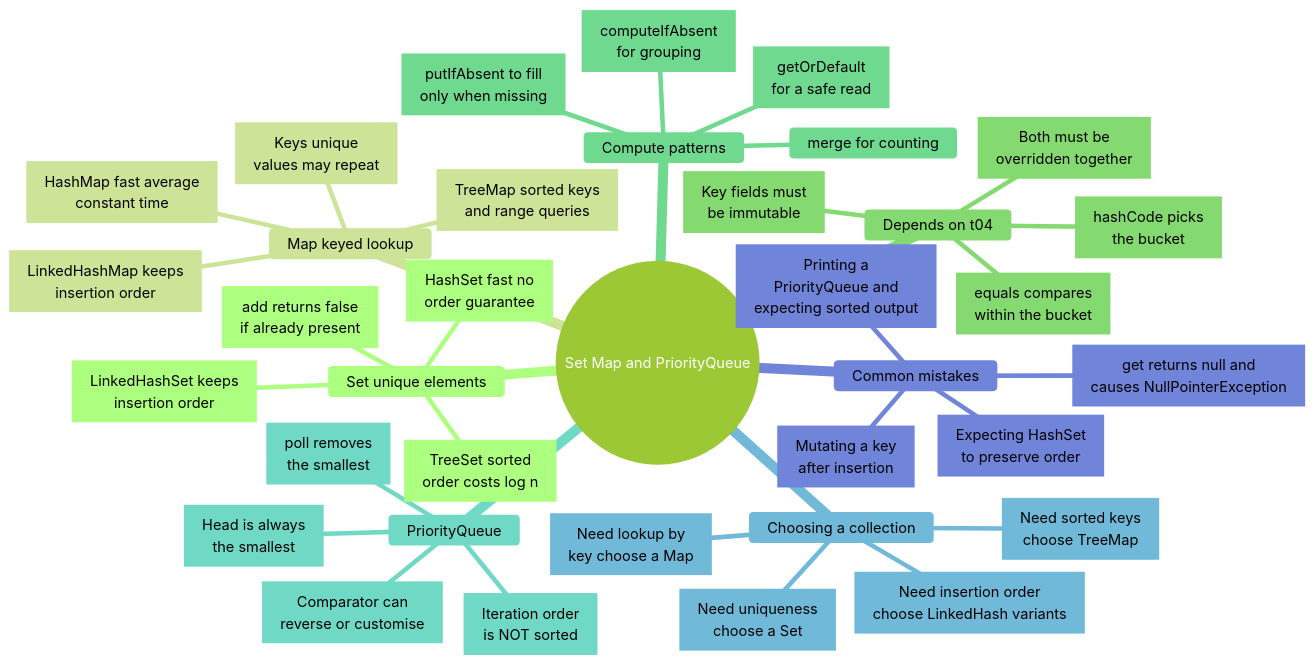
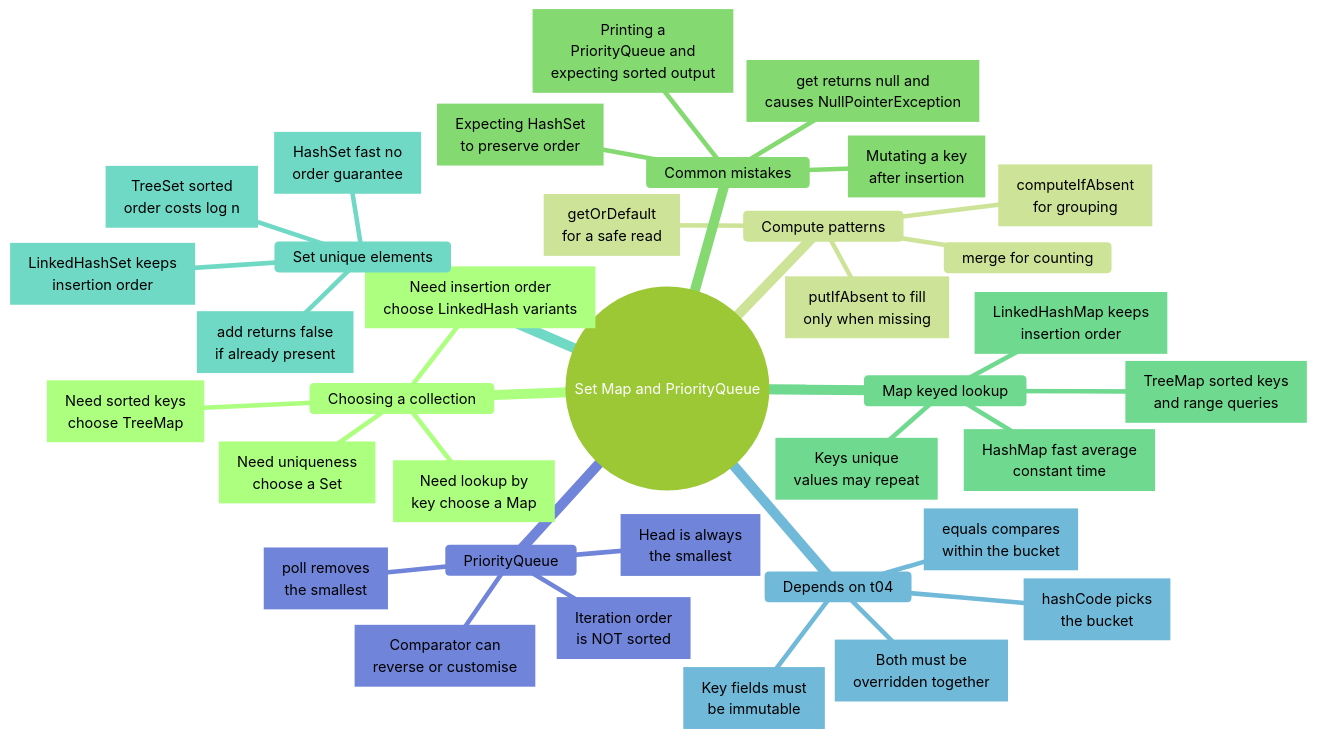
Before and after one commit to nmcguinness/L8-OOP-Module-Content: the eighth of 10 diagrams in notes/shared/mind maps/revision_t00_t09.md, drawn with Mermaid. The commit also changed other lines of this file and 4 other files, not shown here.

Commit message:
fixed mindmap label truncation and added admonitions test

````diff
--- a/notes/shared/mind maps/revision_t00_t09.md
+++ b/notes/shared/mind maps/revision_t00_t09.md
@@ -924,78 +924,78 @@
 ```mermaid
 ---
 title: "Set Map and PriorityQueue"
 accDescr: "Mind map of Set Map and PriorityQueue. Branches: Set unique elements; Map keyed lookup; Depends on t04; Compute patterns; PriorityQueue; Choosing a collection; Common mistakes."
 ---
 %%{init: { "theme": "forest", "markdownAutoWrap": false, "mindmap": { "maxNodeWidth": 300 } }}%%
 mindmap
   root((Set Map and PriorityQueue))
-    Set unique elements
-      n1["`HashSet fast no
-      order guarantee`"]
-      n2["`LinkedHashSet keeps
-      insertion order`"]
-      n3["`TreeSet sorted
-      order costs log n`"]
-      n4["`add returns false
-      if already present`"]
+    Choosing a collection
+      n20["`Need uniqueness
+      choose a Set`"]
+      n21["`Need lookup by
+      key choose a Map`"]
+      n22["`Need sorted keys
+      choose TreeMap`"]
+      n23["`Need insertion order
+      choose LinkedHash variants`"]
+
+    Compute patterns
+      merge for counting
+      n13["`computeIfAbsent
+      for grouping`"]
+      n14["`getOrDefault
+      for a safe read`"]
+      n15["`putIfAbsent to fill
+      only when missing`"]
+
+    Common mistakes
+      n24["`Mutating a key
+      after insertion`"]
+      n25["`Expecting HashSet
+      to preserve order`"]
+      n26["`Printing a
+      PriorityQueue and
+      expecting sorted output`"]
+      n27["`get returns null and
+      causes NullPointerException`"]
 
     Map keyed lookup
       n5["`HashMap fast average
       constant time`"]
       n6["`LinkedHashMap keeps
       insertion order`"]
       n7["`TreeMap sorted keys
       and range queries`"]
       n8["`Keys unique
       values may repeat`"]
 
+    Set unique elements
+      n1["`HashSet fast no
+      order guarantee`"]
+      n2["`LinkedHashSet keeps
+      insertion order`"]
+      n3["`TreeSet sorted
+      order costs log n`"]
+      n4["`add returns false
+      if already present`"]
+
     Depends on t04
       n9["`hashCode picks
       the bucket`"]
       n10["`equals compares
       within the bucket`"]
       n11["`Both must be
       overridden together`"]
       n12["`Key fields must
       be immutable`"]
 
-    Compute patterns
-      merge for counting
-      n13["`computeIfAbsent
-      for grouping`"]
-      n14["`getOrDefault
-      for a safe read`"]
-      n15["`putIfAbsent to fill
-      only when missing`"]
-
     PriorityQueue
       n16["`Head is always
       the smallest`"]
       n17["`Comparator can
       reverse or customise`"]
       n18["`poll removes
       the smallest`"]
       n19["`Iteration order
       is NOT sorted`"]
-
-    Choosing a collection
-      n20["`Need uniqueness
-      choose a Set`"]
-      n21["`Need lookup by
-      key choose a Map`"]
-      n22["`Need sorted keys
-      choose TreeMap`"]
-      n23["`Need insertion order
-      choose LinkedHash variants`"]
-
-    Common mistakes
-      n24["`Mutating a key
-      after insertion`"]
-      n25["`Expecting HashSet
-      to preserve order`"]
-      n26["`Printing a
-      PriorityQueue and
-      expecting sorted output`"]
-      n27["`get returns null and
-      causes NullPointerException`"]
 ```
````
